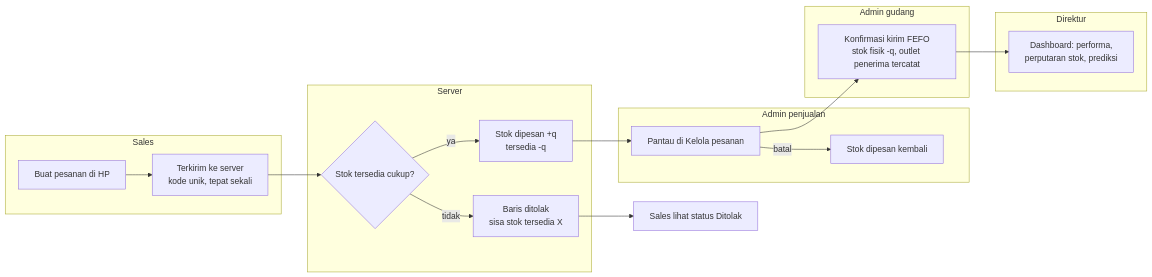
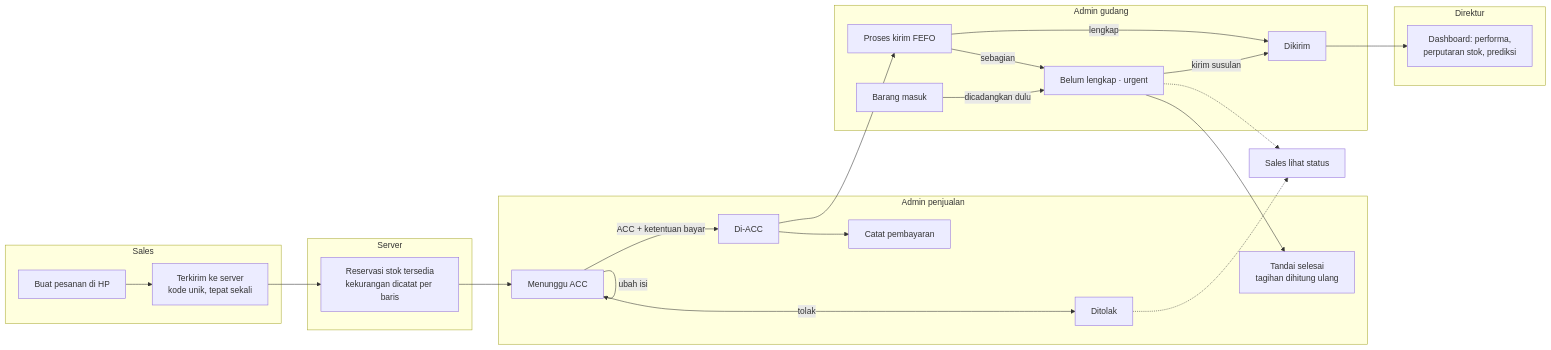
Before and after one commit to glayOne23/drpps_hackathon_2026: the fifth of 5 diagrams in proyek/arb-02/user-flow.md, drawn with Mermaid. The commit also changed other lines of this file and 2 other files, not shown here.

Commit message:
[feature] alur ACC, kirim sebagian, pembayaran, akun dari figma 5 nov

````diff
--- a/proyek/arb-02/user-flow.md
+++ b/proyek/arb-02/user-flow.md
@@ -85,22 +118,30 @@
 ```mermaid
 flowchart LR
     subgraph Sales
         S1[Buat pesanan di HP] --> S2[Terkirim ke server<br/>kode unik, tepat sekali]
     end
     subgraph Server
-        S2 --> V{Stok tersedia cukup?}
-        V -->|ya| R[Stok dipesan +q<br/>tersedia -q]
-        V -->|tidak| X[Baris ditolak<br/>sisa stok tersedia X]
+        S2 --> V[Reservasi stok tersedia<br/>kekurangan dicatat per baris]
     end
     subgraph Admin_penjualan[Admin penjualan]
-        R --> P[Pantau di Kelola pesanan]
-        P -->|batal| B[Stok dipesan kembali]
+        V --> P[Menunggu ACC]
+        P -->|ubah isi| P
+        P -->|tolak| T[Ditolak]
+        P -->|ACC + ketentuan bayar| Q[Di-ACC]
+        Q --> Y[Catat pembayaran]
+        Z[Tandai selesai<br/>tagihan dihitung ulang]
     end
     subgraph Admin_gudang[Admin gudang]
-        P --> K[Konfirmasi kirim FEFO<br/>stok fisik -q, outlet penerima tercatat]
+        Q --> K[Proses kirim FEFO]
+        K -->|lengkap| L[Dikirim]
+        K -->|sebagian| U[Belum lengkap · urgent]
+        M[Barang masuk] -->|dicadangkan dulu| U
+        U -->|kirim susulan| L
     end
     subgraph Direktur
-        K --> D[Dashboard: performa,<br/>perputaran stok, prediksi]
+        L --> D[Dashboard: performa,<br/>perputaran stok, prediksi]
     end
-    X --> S3[Sales lihat status Ditolak]
+    U --> Z
+    T -.-> S3[Sales lihat status]
+    U -.-> S3
 ```
````
